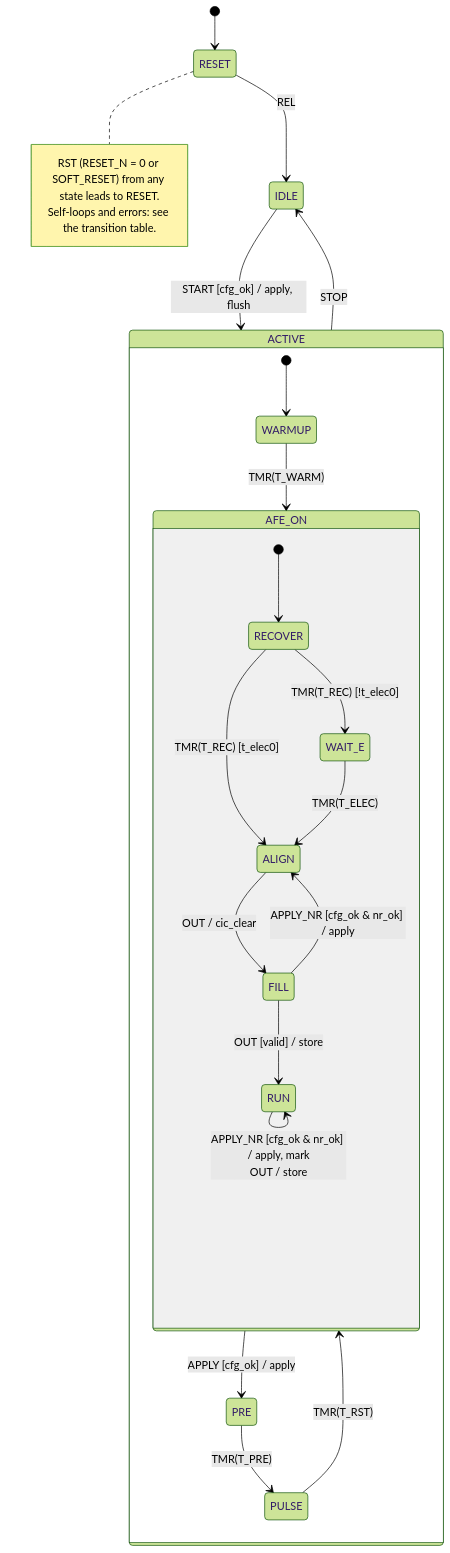
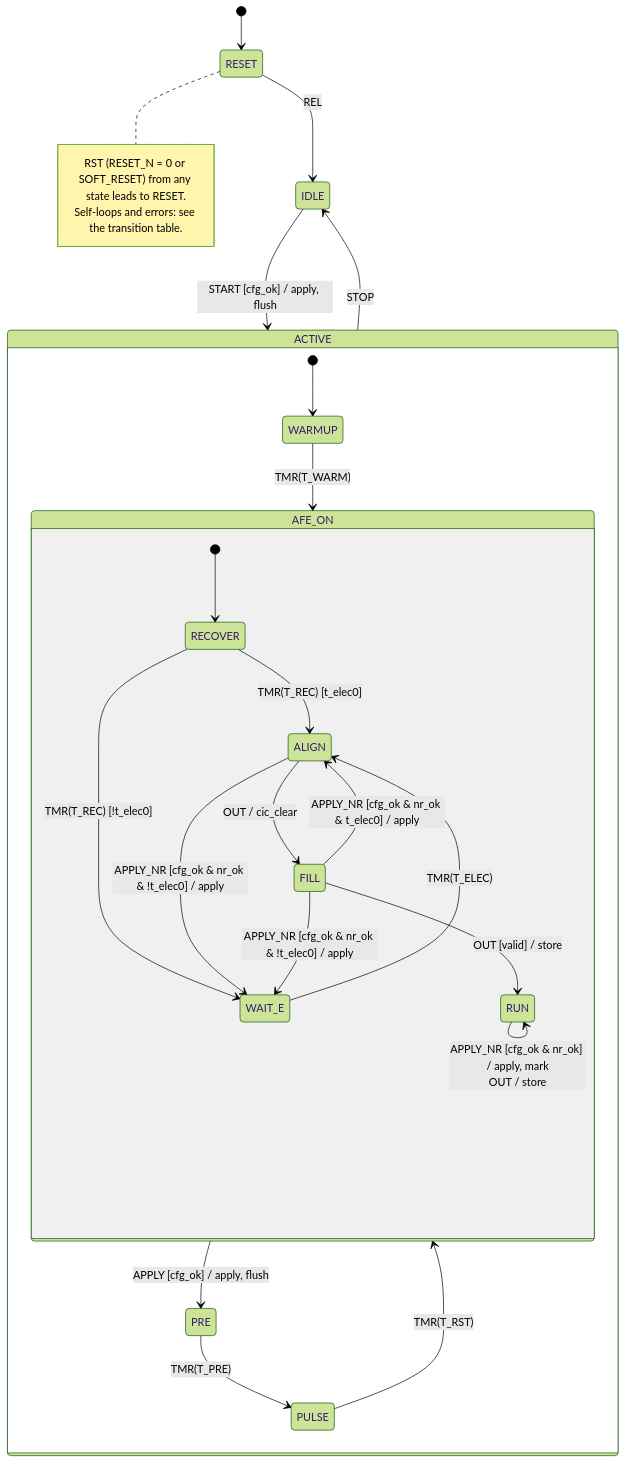
One commit to Kosei-HATA/First_Tapeout_2026 changed the diagram in first_tapeout_eeg/gf180/tapeout/rtl/spec/seq_fsm.mmd. Above: the diagram before and after it, drawn with Mermaid (forest theme). The commit also changed 22 other files, not shown here.

```diff
--- a/first_tapeout_eeg/gf180/tapeout/rtl/spec/seq_fsm.mmd
+++ b/first_tapeout_eeg/gf180/tapeout/rtl/spec/seq_fsm.mmd
@@ -1,37 +1,39 @@
 stateDiagram-v2
     %% sequencer (generated by gf180/tapeout/rtl/spec/fsm_spec.py; do not edit by hand)
     [*] --> RESET
     RESET
     IDLE
     state ACTIVE {
         [*] --> WARMUP
         WARMUP
         PRE
         PULSE
         state AFE_ON {
             [*] --> RECOVER
             RECOVER
             WAIT_E
             ALIGN
             FILL
             RUN
             RECOVER --> ALIGN : TMR(T_REC) [t_elec0]
             RECOVER --> WAIT_E : TMR(T_REC) [!t_elec0]
             WAIT_E --> ALIGN : TMR(T_ELEC)
+            ALIGN --> WAIT_E : APPLY_NR [cfg_ok & nr_ok & !t_elec0] / apply
             ALIGN --> FILL : OUT / cic_clear
-            FILL --> ALIGN : APPLY_NR [cfg_ok & nr_ok] / apply
+            FILL --> ALIGN : APPLY_NR [cfg_ok & nr_ok & t_elec0] / apply
+            FILL --> WAIT_E : APPLY_NR [cfg_ok & nr_ok & !t_elec0] / apply
             FILL --> RUN : OUT [valid] / store
             RUN --> RUN : APPLY_NR [cfg_ok & nr_ok] / apply, mark<br/>OUT / store
         }
-        AFE_ON --> PRE : APPLY [cfg_ok] / apply
+        AFE_ON --> PRE : APPLY [cfg_ok] / apply, flush
         WARMUP --> AFE_ON : TMR(T_WARM)
         PRE --> PULSE : TMR(T_PRE)
         PULSE --> AFE_ON : TMR(T_RST)
     }
     ACTIVE --> IDLE : STOP
     RESET --> IDLE : REL
     IDLE --> ACTIVE : START [cfg_ok] / apply, flush
     note right of RESET
         RST (RESET_N = 0 or SOFT_RESET) from any state leads to RESET.
         Self-loops and errors: see the transition table.
     end note
```
